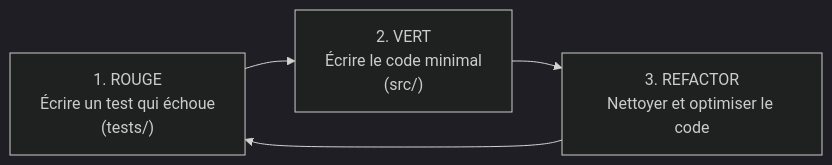
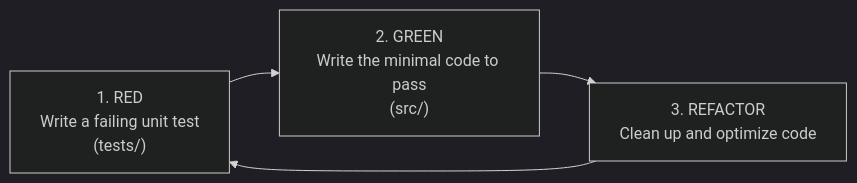
Before and after one commit to N3W3/delete_citations: the diagram in README.md, drawn with Mermaid (dark theme). The commit also changed other lines of this file and 6 other files, not shown here.

````diff
--- a/README.md
+++ b/README.md
@@ -259,6 +407,6 @@
 ```mermaid
 flowchart LR
-    A["1. ROUGE<br/>Écrire un test qui échoue<br/>(tests/)"] --> B["2. VERT<br/>Écrire le code minimal<br/>(src/)"]
-    B --> C["3. REFACTOR<br/>Nettoyer et optimiser le code"]
+    A["1. RED<br/>Write a failing unit test<br/>(tests/)"] --> B["2. GREEN<br/>Write the minimal code to pass<br/>(src/)"]
+    B --> C["3. REFACTOR<br/>Clean up and optimize code"]
     C --> A
 ```
````
